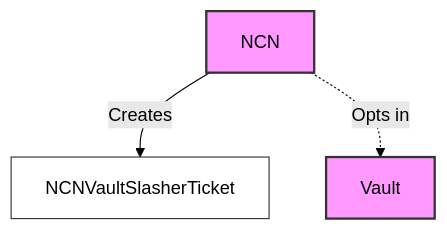
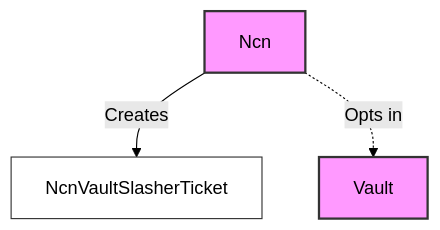
Before and after one commit to jito-foundation/restaking: the fifth of 5 diagrams in docs/concepts/restaking_program.md, drawn with Mermaid (forest theme). The commit also changed other lines of this file and 1 other file, not shown here.

Commit message:
fix some docs

````diff
--- a/docs/concepts/restaking_program.md
+++ b/docs/concepts/restaking_program.md
@@ -123,10 +123,10 @@
 ```mermaid
 graph TD
     classDef main fill: #f9f, stroke: #333, stroke-width: 2px;
     classDef ticket fill: #fff, stroke: #333, stroke-width: 1px;
-    NCN[NCN]:::main
+    Ncn[Ncn]:::main
     Vault[Vault]:::main
-    NcnVaultSlasherTicket[NCNVaultSlasherTicket]:::ticket
-    NCN -->|Creates| NcnVaultSlasherTicket
-    NCN -.->|Opts in| Vault
+    NcnVaultSlasherTicket[NcnVaultSlasherTicket]:::ticket
+    Ncn -->|Creates| NcnVaultSlasherTicket
+    Ncn -.->|Opts in| Vault
 ```
````
